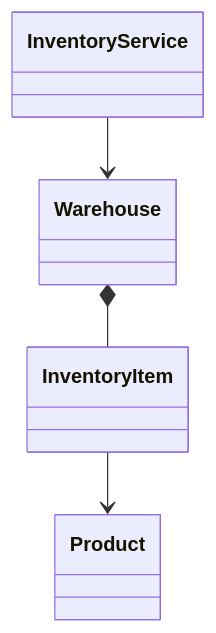
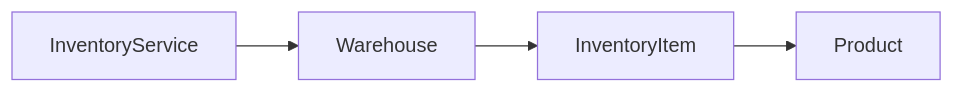
Diagram 23 of 58 in LLD_NOTES/lld_visual_java_reference.md (mthaiseer/springcloud-systemdesign-notes), drawn with Mermaid before and after one commit. The commit also changed other lines of this file, not shown here.

````diff
--- a/LLD_NOTES/lld_visual_java_reference.md
+++ b/LLD_NOTES/lld_visual_java_reference.md
@@ -1135,10 +1135,10 @@
 ```mermaid
-classDiagram
-  class InventoryService
-  class Warehouse
-  class InventoryItem
-  class Product
+flowchart LR
+  InventoryService[InventoryService]
+  Warehouse[Warehouse]
+  InventoryItem[InventoryItem]
+  Product[Product]
   InventoryService --> Warehouse
-  Warehouse *-- InventoryItem
+  Warehouse --> InventoryItem
   InventoryItem --> Product
 ```
````
